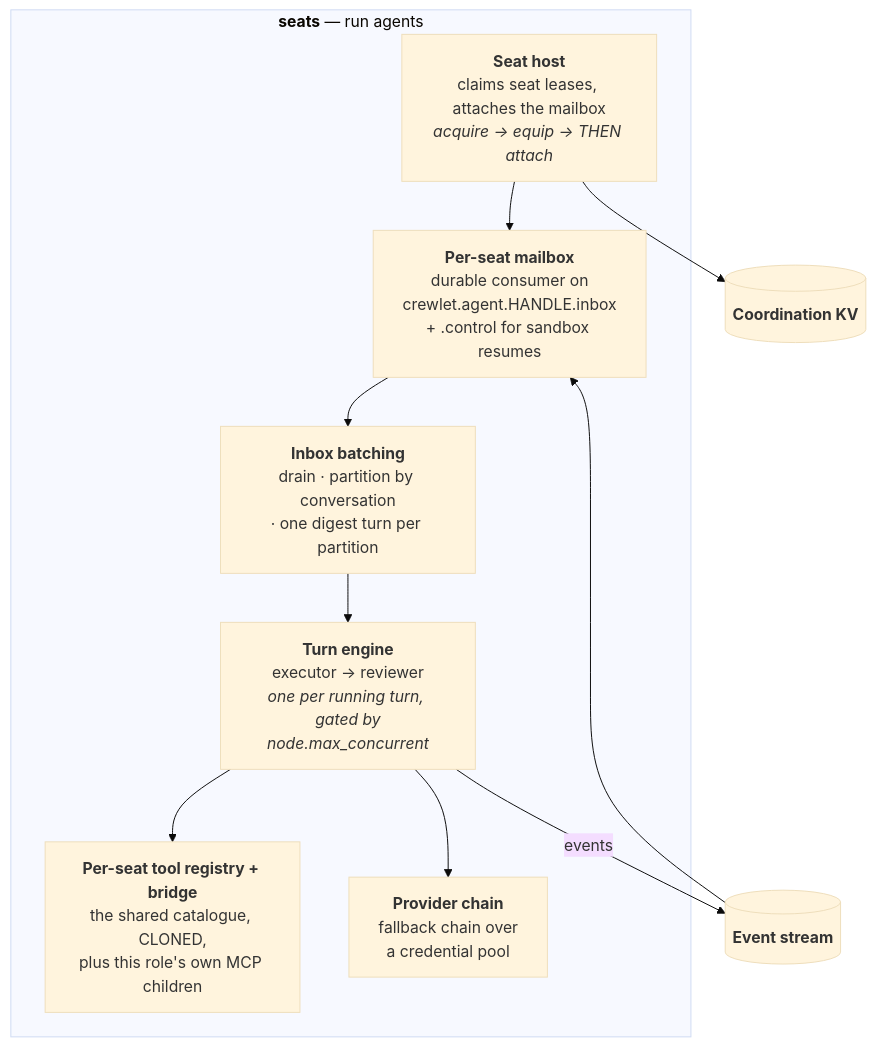
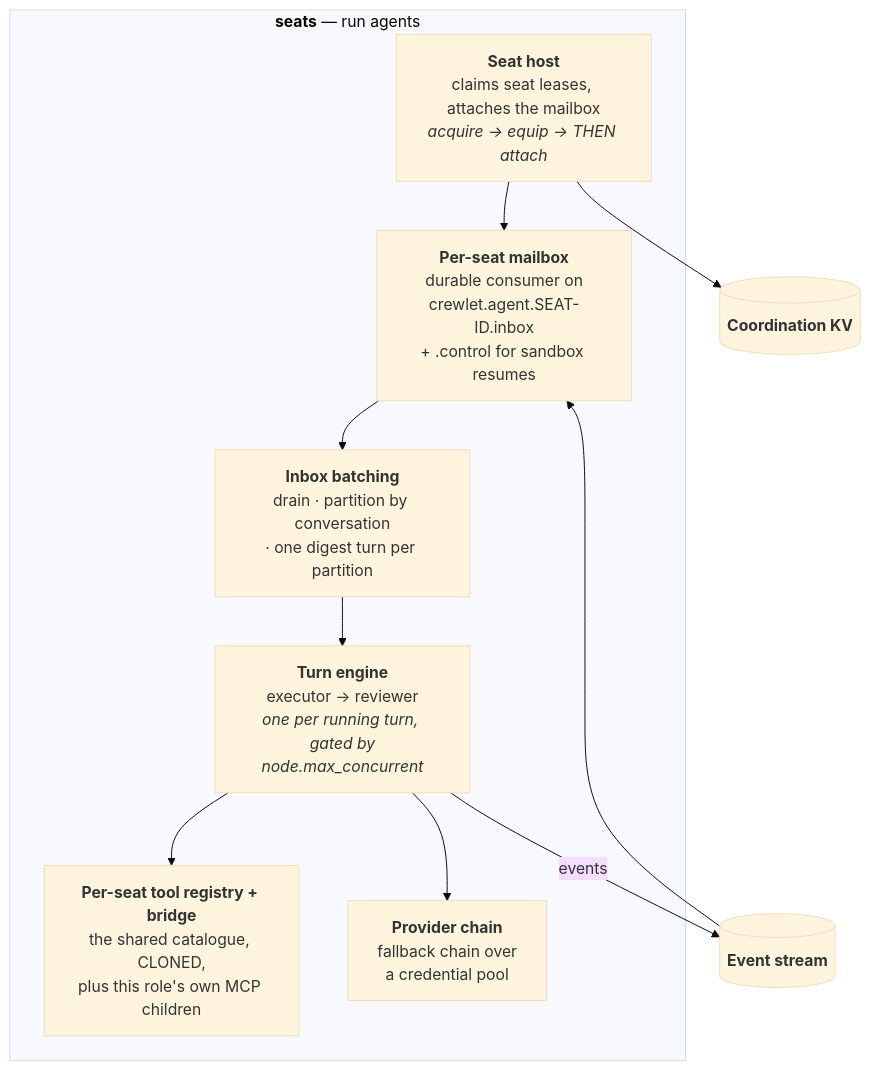
The fourth of 10 diagrams in docs/concepts/architecture.md (crewlet/crewlet), drawn with Mermaid (base theme) before and after one commit. The commit also changed other lines of this file and 19 other files, not shown here.

````diff
--- a/docs/concepts/architecture.md
+++ b/docs/concepts/architecture.md
@@ -208,21 +208,21 @@
 ```mermaid
 flowchart TB
     subgraph seats["<b>seats</b> — run agents"]
         CLAIM["<b>Seat host</b><br/>claims seat leases, attaches the mailbox<br/><i>acquire → equip → THEN attach</i>"]
-        MBOX["<b>Per-seat mailbox</b><br/>durable consumer on<br/>crewlet.agent.HANDLE.inbox<br/>+ .control for sandbox resumes"]
+        MBOX["<b>Per-seat mailbox</b><br/>durable consumer on<br/>crewlet.agent.SEAT-ID.inbox<br/>+ .control for sandbox resumes"]
         BATCH["<b>Inbox batching</b><br/>drain · partition by conversation<br/>· one digest turn per partition"]
         TURN["<b>Turn engine</b><br/>executor → reviewer<br/><i>one per running turn, gated by<br/>node.max_concurrent</i>"]
         REG["<b>Per-seat tool registry + bridge</b><br/>the shared catalogue, CLONED,<br/>plus this role's own MCP children"]
         PROV["<b>Provider chain</b><br/>fallback chain over<br/>a credential pool"]
     end
     STREAM[("<b>Event stream</b>")]
     KV[("<b>Coordination KV</b>")]
 
     STREAM --> MBOX
     MBOX --> BATCH --> TURN
     TURN --> REG
     TURN --> PROV
     TURN -->|events| STREAM
     CLAIM --> MBOX
     CLAIM --> KV
 ```
````
